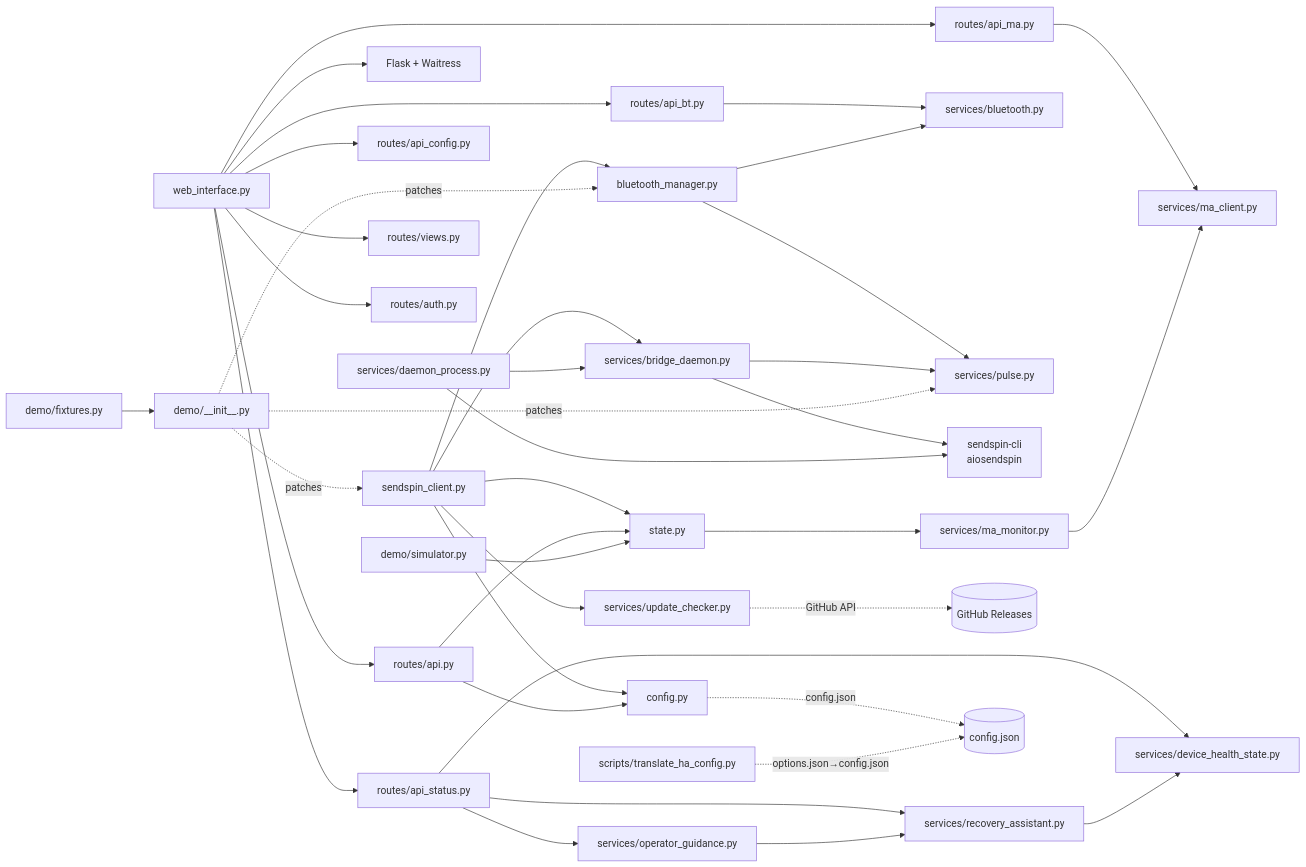
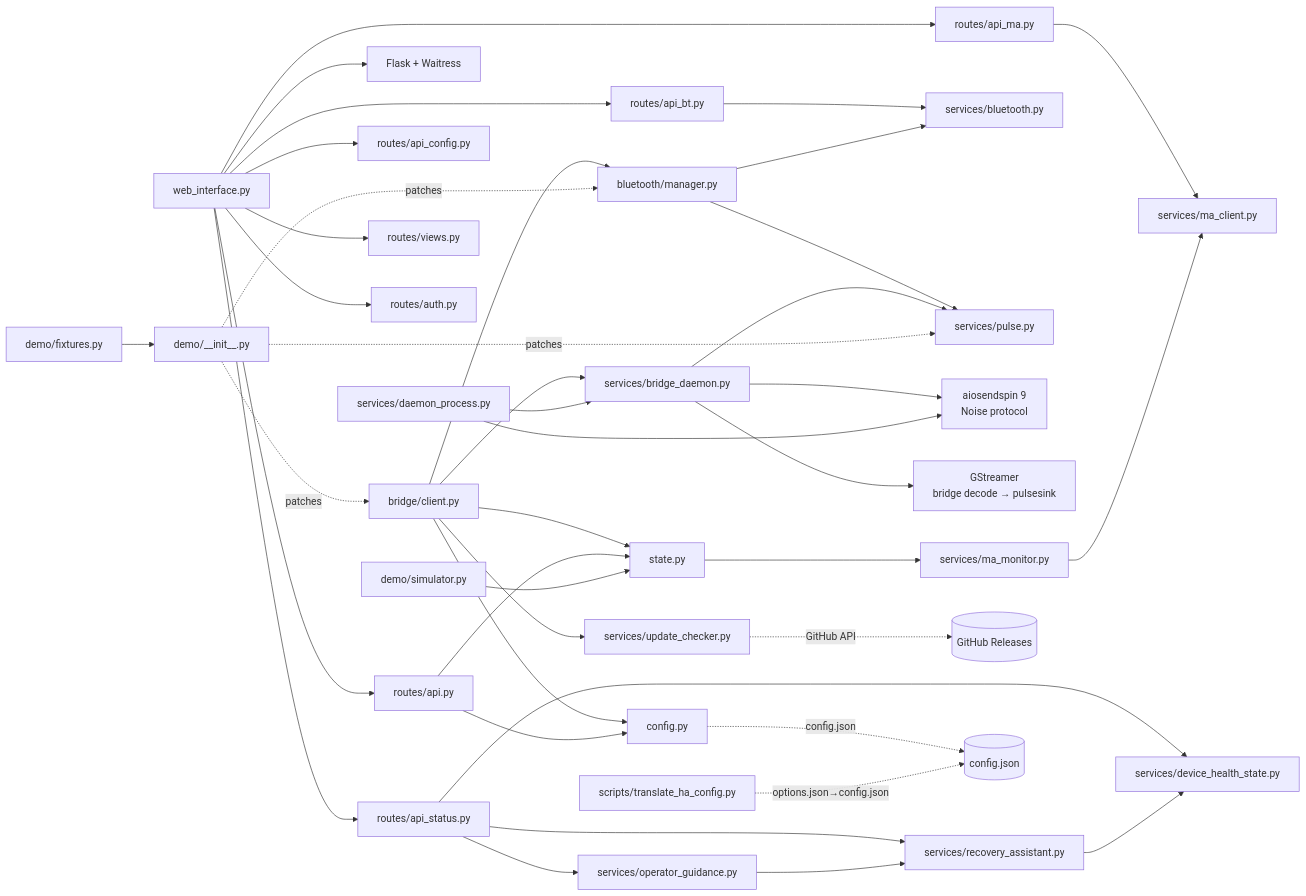
Before and after one commit to trudenboy/sendspin-bt-bridge: diagram 24 of 28 in docs-site/src/content/docs/ru/architecture.md, drawn with Mermaid. The commit also changed other lines of this file and 78 other files, not shown here.

First line of the commit message:
feat: migrate bridge to GStreamer and aiosendspin 9 (#457)

````diff
--- a/docs-site/src/content/docs/ru/architecture.md
+++ b/docs-site/src/content/docs/ru/architecture.md
@@ -1061,51 +1062,52 @@
 ```mermaid
 graph LR
-    SC[sendspin_client.py] --> BM[bluetooth_manager.py]
+    SC[bridge/client.py] --> BM[bluetooth/manager.py]
     SC --> ST[state.py]
     SC --> CFG[config.py]
     SC --> SVC_BD[services/bridge_daemon.py]
 
     WI[web_interface.py] --> FLASK[Flask + Waitress]
     WI --> R_API[routes/api.py]
     WI --> R_BT[routes/api_bt.py]
     WI --> R_MA[routes/api_ma.py]
     WI --> R_CFG[routes/api_config.py]
     WI --> R_STS[routes/api_status.py]
     WI --> R_VIEW[routes/views.py]
     WI --> R_AUTH[routes/auth.py]
 
     R_API --> ST
     R_API --> CFG
     R_MA --> SVC_MAC[services/ma_client.py]
     R_BT --> SVC_BT[services/bluetooth.py]
 
     BM --> SVC_PA[services/pulse.py]
     BM --> SVC_BT
 
     SVC_BD --> SVC_PA
-    SVC_BD --> SENDSPIN[sendspin-cli<br/>aiosendspin]
+    SVC_BD --> SENDSPIN[aiosendspin 9<br/>Noise protocol]
+    SVC_BD --> GST[GStreamer<br/>bridge decode → pulsesink]
 
     DP[services/daemon_process.py] --> SVC_BD
     DP --> SENDSPIN
 
     ST --> MM[services/ma_monitor.py]
     MM --> SVC_MAC
 
     SC --> UC[services/update_checker.py]
     UC -.->|GitHub API| GH[(GitHub Releases)]
 
     R_STS --> SVC_DHS[services/device_health_state.py]
     R_STS --> SVC_RA[services/recovery_assistant.py]
     R_STS --> SVC_OG[services/operator_guidance.py]
     SVC_OG --> SVC_RA
     SVC_RA --> SVC_DHS
 
     DEMO[demo/__init__.py] -.->|patches| SC
     DEMO -.->|patches| BM
     DEMO -.->|patches| SVC_PA
     DEMO_SIM[demo/simulator.py] --> ST
     DEMO_FIX[demo/fixtures.py] --> DEMO
 
     CFG -.->|config.json| JSON[(config.json)]
     HA_SCRIPT[scripts/translate_ha_config.py] -.->|options.json→config.json| JSON
 ```
````
